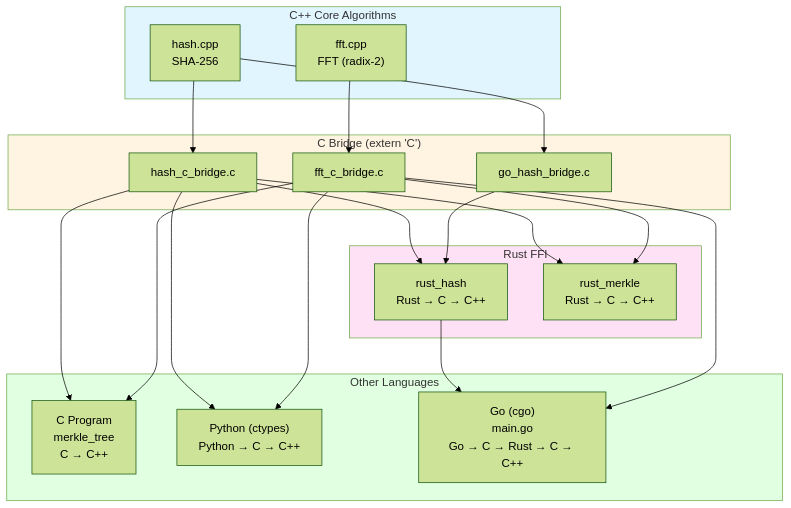
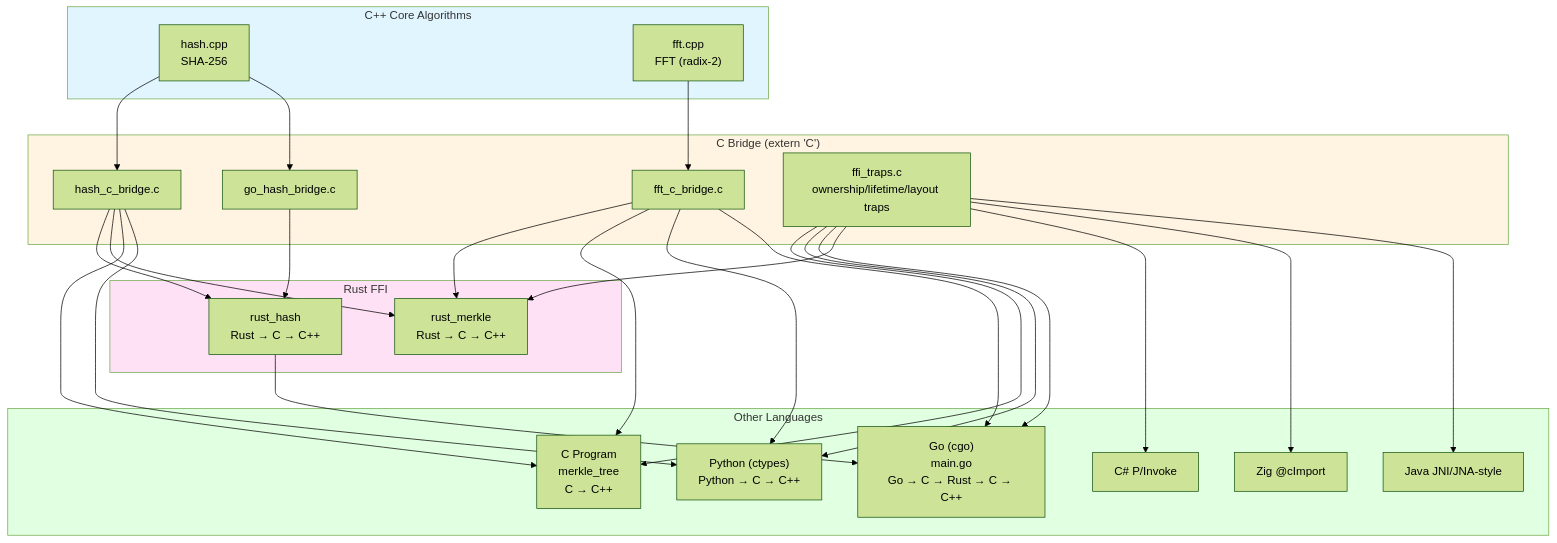
One commit to Timwood0x10/ffi-demo changed the diagram in README.md. Above: the diagram before and after it, drawn with Mermaid (forest theme). The commit also changed other lines of this file and 12 other files, not shown here.

Commit message:
Add FFI trap API, C#/Java/Zig bindings, and refresh analysis report

````diff
--- a/README.md
+++ b/README.md
@@ -18,47 +18,58 @@
 ```mermaid
 graph TB
     subgraph CPP["C++ Core Algorithms"]
         HASH["hash.cpp<br/>SHA-256"]
         FFT["fft.cpp<br/>FFT (radix-2)"]
     end
 
     subgraph C_BRIDGE["C Bridge (extern 'C')"]
         HASH_BRIDGE["hash_c_bridge.c"]
         FFT_BRIDGE["fft_c_bridge.c"]
         GO_BRIDGE["go_hash_bridge.c"]
+        TRAPS["ffi_traps.c<br/>ownership/lifetime/layout traps"]
     end
 
     subgraph RUST["Rust FFI"]
         RUST_HASH["rust_hash<br/>Rust → C → C++"]
         RUST_MERKLE["rust_merkle<br/>Rust → C → C++"]
     end
 
     subgraph OTHER["Other Languages"]
         C_PROG["C Program<br/>merkle_tree<br/>C → C++"]
         PYTHON["Python (ctypes)<br/>Python → C → C++"]
         GO["Go (cgo)<br/>main.go<br/>Go → C → Rust → C → C++"]
+        CSHARP["C# P/Invoke"]
+        ZIG["Zig @cImport"]
+        JAVA["Java JNI/JNA-style"]
     end
 
     HASH --> HASH_BRIDGE
     FFT --> FFT_BRIDGE
     HASH --> GO_BRIDGE
 
     HASH_BRIDGE --> RUST_HASH
     HASH_BRIDGE --> RUST_MERKLE
     FFT_BRIDGE --> RUST_MERKLE
 
     HASH_BRIDGE --> C_PROG
     FFT_BRIDGE --> C_PROG
 
     HASH_BRIDGE --> PYTHON
     FFT_BRIDGE --> PYTHON
 
     GO_BRIDGE --> RUST_HASH
     RUST_HASH --> GO
     FFT_BRIDGE --> GO
+    TRAPS --> C_PROG
+    TRAPS --> PYTHON
+    TRAPS --> GO
+    TRAPS --> RUST_MERKLE
+    TRAPS --> CSHARP
+    TRAPS --> ZIG
+    TRAPS --> JAVA
 
     style CPP fill:#e1f5ff
     style C_BRIDGE fill:#fff4e1
     style RUST fill:#ffe1f5
     style OTHER fill:#e1ffe1
 ```
````
